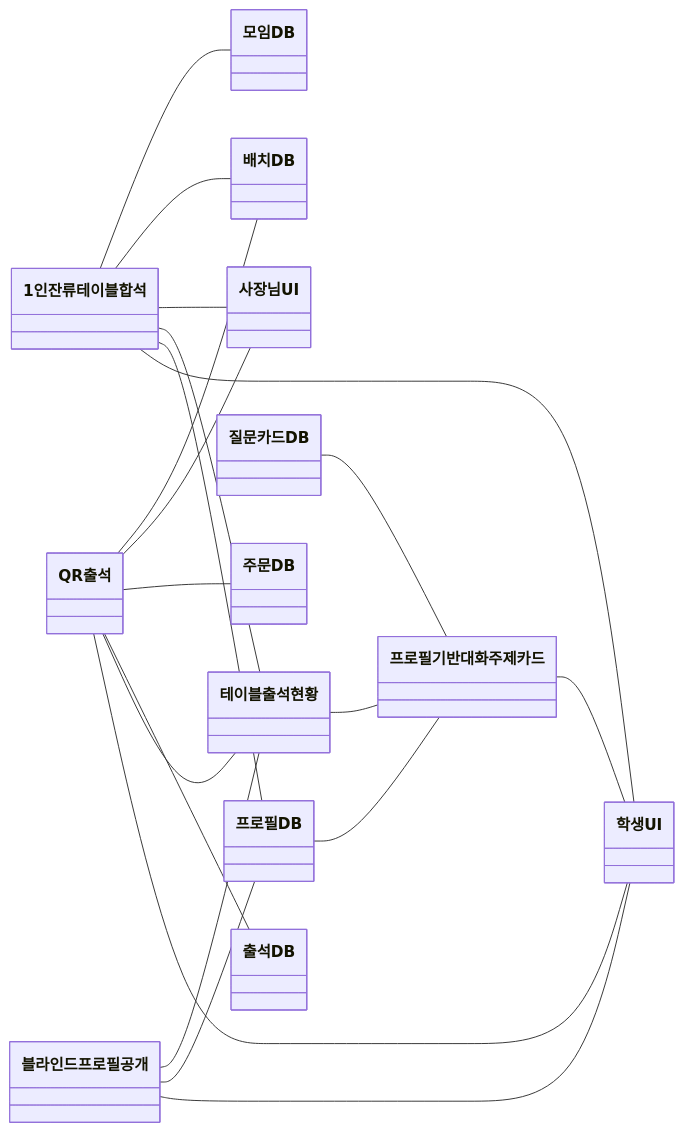
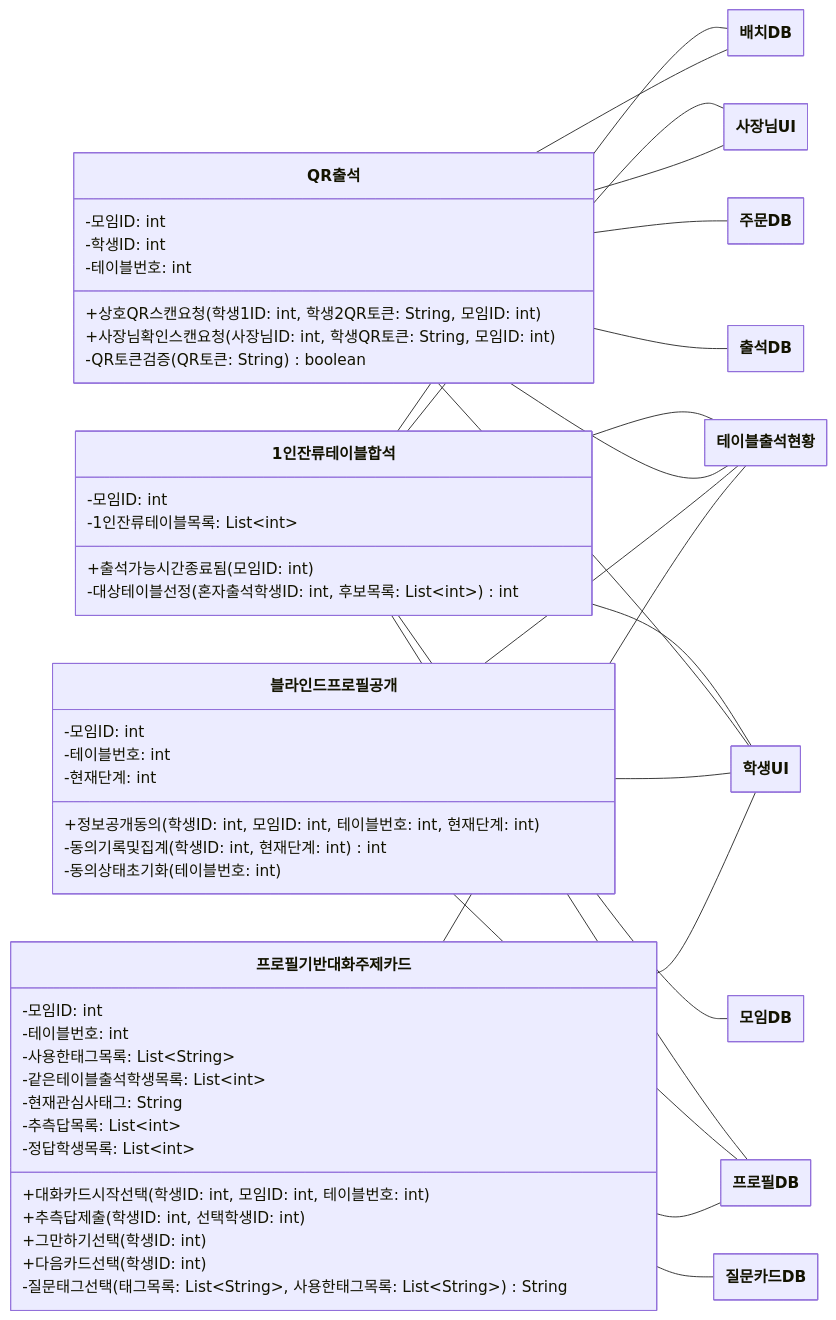
The third of 13 diagrams in class-diagram/class-diagram.md (hojae3/sw-engineering-16), drawn with Mermaid before and after one commit. The commit also changed other lines of this file and 1 other file, not shown here.

First line of the commit message:
[class] 통합 클래스 다이어그램을 PPT 구성에 맞춰 영역별 그림으로 변경

````diff
--- a/class-diagram/class-diagram.md
+++ b/class-diagram/class-diagram.md
@@ -238,36 +298,73 @@
 ```mermaid
+---
+config:
+  class:
+    hideEmptyMembersBox: true
+---
 classDiagram
     direction LR
-    class SinglePersonTableMerge["1인잔류테이블합석"]
-    class QRAttendance["QR출석"]
+    class QRAttendance["QR출석"] {
+        -모임ID: int
+        -학생ID: int
+        -테이블번호: int
+        +상호QR스캔요청(학생1ID: int, 학생2QR토큰: String, 모임ID: int)
+        +사장님확인스캔요청(사장님ID: int, 학생QR토큰: String, 모임ID: int)
+        -QR토큰검증(QR토큰: String) boolean
+    }
+    class SinglePersonTableMerge["1인잔류테이블합석"] {
+        -모임ID: int
+        -1인잔류테이블목록: List~int~
+        +출석가능시간종료됨(모임ID: int)
+        -대상테이블선정(혼자출석학생ID: int, 후보목록: List~int~) int
+    }
+    class ProfileTopicCard["프로필기반대화주제카드"] {
+        -모임ID: int
+        -테이블번호: int
+        -사용한태그목록: List~String~
+        -같은테이블출석학생목록: List~int~
+        -현재관심사태그: String
+        -추측답목록: List~int~
+        -정답학생목록: List~int~
+        +대화카드시작선택(학생ID: int, 모임ID: int, 테이블번호: int)
+        +추측답제출(학생ID: int, 선택학생ID: int)
+        +그만하기선택(학생ID: int)
+        +다음카드선택(학생ID: int)
+        -질문태그선택(태그목록: List~String~, 사용한태그목록: List~String~) String
+    }
+    class BlindProfileDisclosure["블라인드프로필공개"] {
+        -모임ID: int
+        -테이블번호: int
+        -현재단계: int
+        +정보공개동의(학생ID: int, 모임ID: int, 테이블번호: int, 현재단계: int)
+        -동의기록및집계(학생ID: int, 현재단계: int) int
+        -동의상태초기화(테이블번호: int)
+    }
     class MeetingDB["모임DB"]
     class ArrangementDB["배치DB"]
-    class BlindProfileDisclosure["블라인드프로필공개"]
     class OwnerUI["사장님UI"]
     class OrderDB["주문DB"]
     class QuestionCardDB["질문카드DB"]
     class AttendanceDB["출석DB"]
     class TableAttendanceStatus["테이블출석현황"]
     class ProfileDB["프로필DB"]
-    class ProfileTopicCard["프로필기반대화주제카드"]
     class StudentUI["학생UI"]
     SinglePersonTableMerge -- MeetingDB
     SinglePersonTableMerge -- ArrangementDB
     SinglePersonTableMerge -- OwnerUI
     SinglePersonTableMerge -- TableAttendanceStatus
     SinglePersonTableMerge -- ProfileDB
     SinglePersonTableMerge -- StudentUI
     QRAttendance -- ArrangementDB
     QRAttendance -- OwnerUI
     QRAttendance -- OrderDB
     QRAttendance -- AttendanceDB
     QRAttendance -- TableAttendanceStatus
     QRAttendance -- StudentUI
     BlindProfileDisclosure -- TableAttendanceStatus
     BlindProfileDisclosure -- ProfileDB
     BlindProfileDisclosure -- StudentUI
-    QuestionCardDB -- ProfileTopicCard
-    TableAttendanceStatus -- ProfileTopicCard
-    ProfileDB -- ProfileTopicCard
+    ProfileTopicCard -- QuestionCardDB
+    ProfileTopicCard -- TableAttendanceStatus
+    ProfileTopicCard -- ProfileDB
     ProfileTopicCard -- StudentUI
 ```
````
